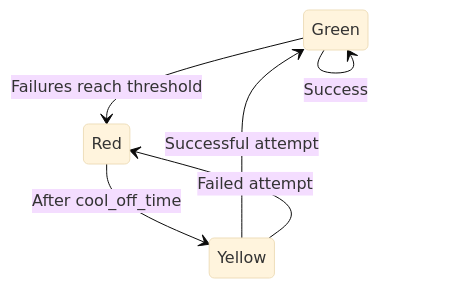
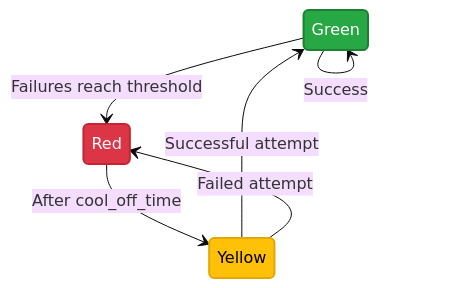
Before and after one commit to bolshakov/stoplight: the diagram in README.md, drawn with Mermaid (base theme).

Commit message:
Add colors to state transition diagram

````diff
--- a/README.md
+++ b/README.md
@@ -44,8 +44,16 @@
 ```mermaid
 stateDiagram
     Green --> Red: Failures reach threshold
     Red --> Yellow: After cool_off_time
     Yellow --> Green: Successful attempt
     Yellow --> Red: Failed attempt
     Green --> Green: Success
+    
+    classDef greenState fill:#28a745,stroke:#1e7e34,stroke-width:2px,color:#fff
+    classDef redState fill:#dc3545,stroke:#c82333,stroke-width:2px,color:#fff
+    classDef yellowState fill:#ffc107,stroke:#e0a800,stroke-width:2px,color:#000
+    
+    class Green greenState
+    class Red redState
+    class Yellow yellowState
 ```
````
